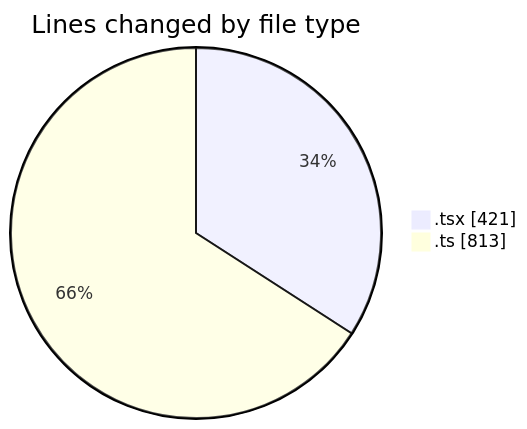
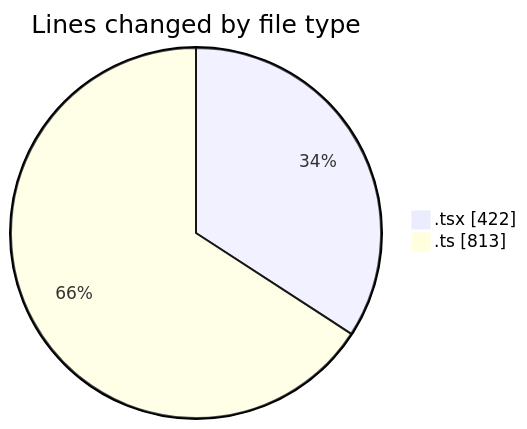
Before and after one commit to nxtqubesakshisongat/code-tracking: the first of 2 diagrams in 2026-02-05/nxtqube_webapp/README.md, drawn with Mermaid. The commit also changed other lines of this file and 1 other file, not shown here.

````diff
--- a/2026-02-05/nxtqube_webapp/README.md
+++ b/2026-02-05/nxtqube_webapp/README.md
@@ -25,6 +25,6 @@
 ```mermaid
 pie showData
 title Lines changed by file type
-".tsx" : 421
+".tsx" : 422
 ".ts" : 813
 ```
````
